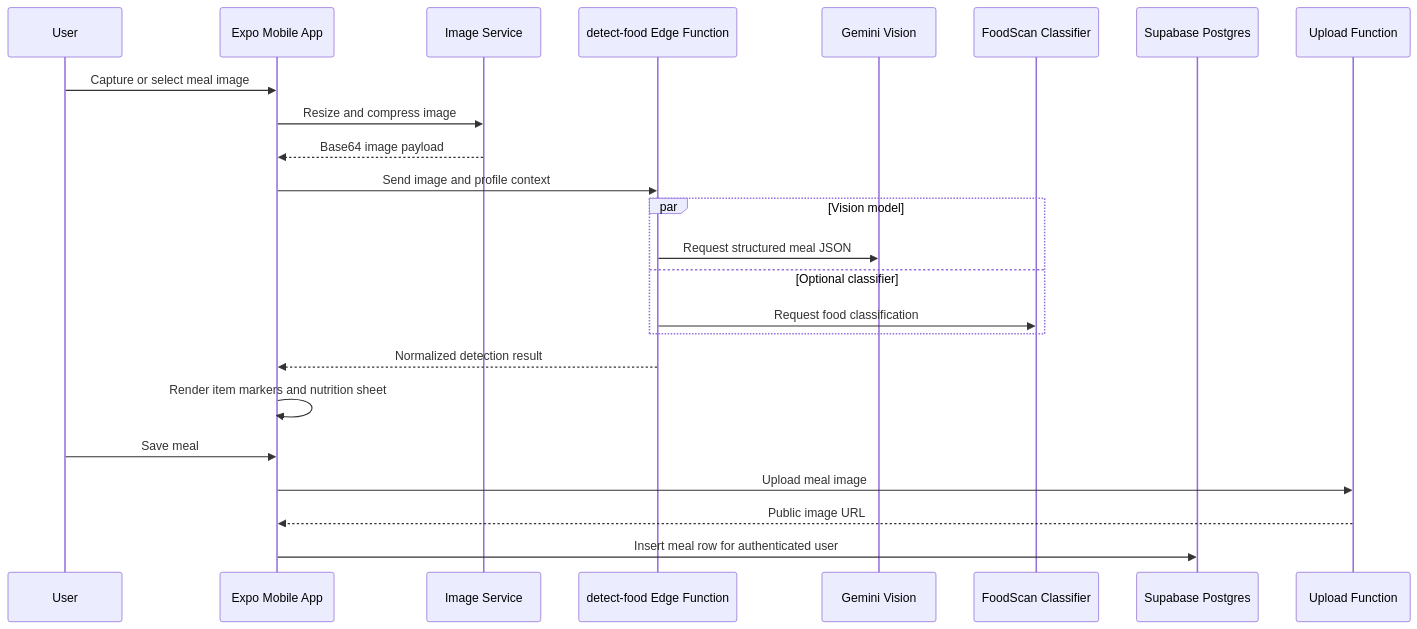
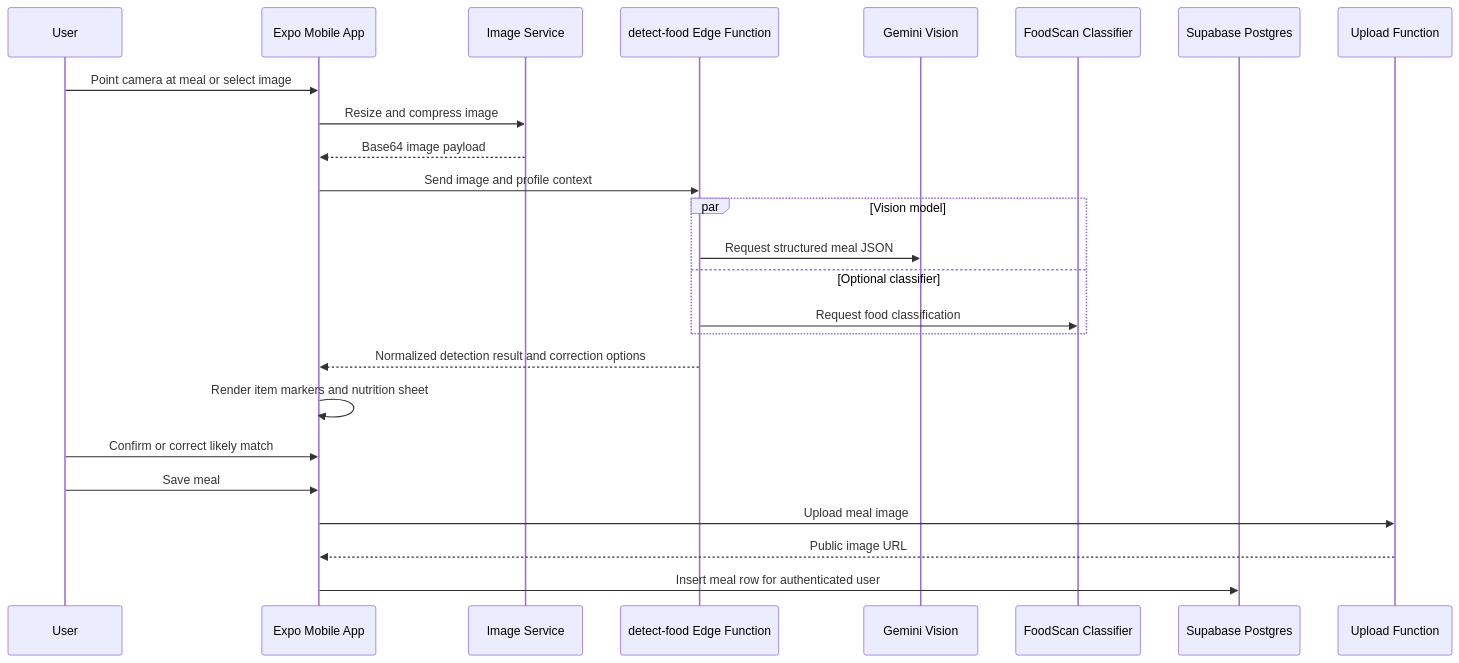
One commit to Nedu2022/Nutripaddi changed the second of 4 diagrams in README.md. Above: the diagram before and after it, drawn with Mermaid. The commit also changed other lines of this file and 10 other files, not shown here.

````diff
--- a/README.md
+++ b/README.md
@@ -59,27 +63,28 @@
 ```mermaid
 sequenceDiagram
   participant U as User
   participant M as Expo Mobile App
   participant I as Image Service
   participant F as detect-food Edge Function
   participant G as Gemini Vision
   participant C as FoodScan Classifier
   participant D as Supabase Postgres
   participant S as Upload Function
 
-  U->>M: Capture or select meal image
+  U->>M: Point camera at meal or select image
   M->>I: Resize and compress image
   I-->>M: Base64 image payload
   M->>F: Send image and profile context
   par Vision model
     F->>G: Request structured meal JSON
   and Optional classifier
     F->>C: Request food classification
   end
-  F-->>M: Normalized detection result
+  F-->>M: Normalized detection result and correction options
   M->>M: Render item markers and nutrition sheet
+  U->>M: Confirm or correct likely match
   U->>M: Save meal
   M->>S: Upload meal image
   S-->>M: Public image URL
   M->>D: Insert meal row for authenticated user
 ```
````
